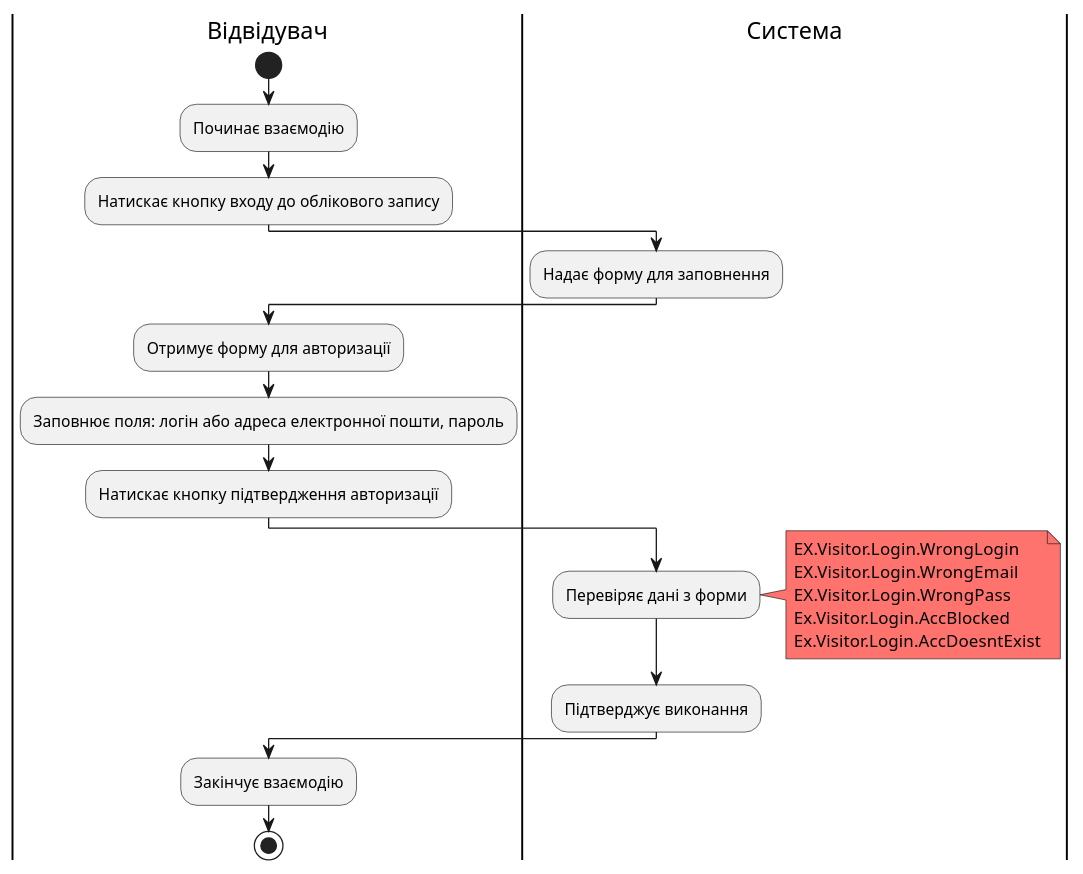
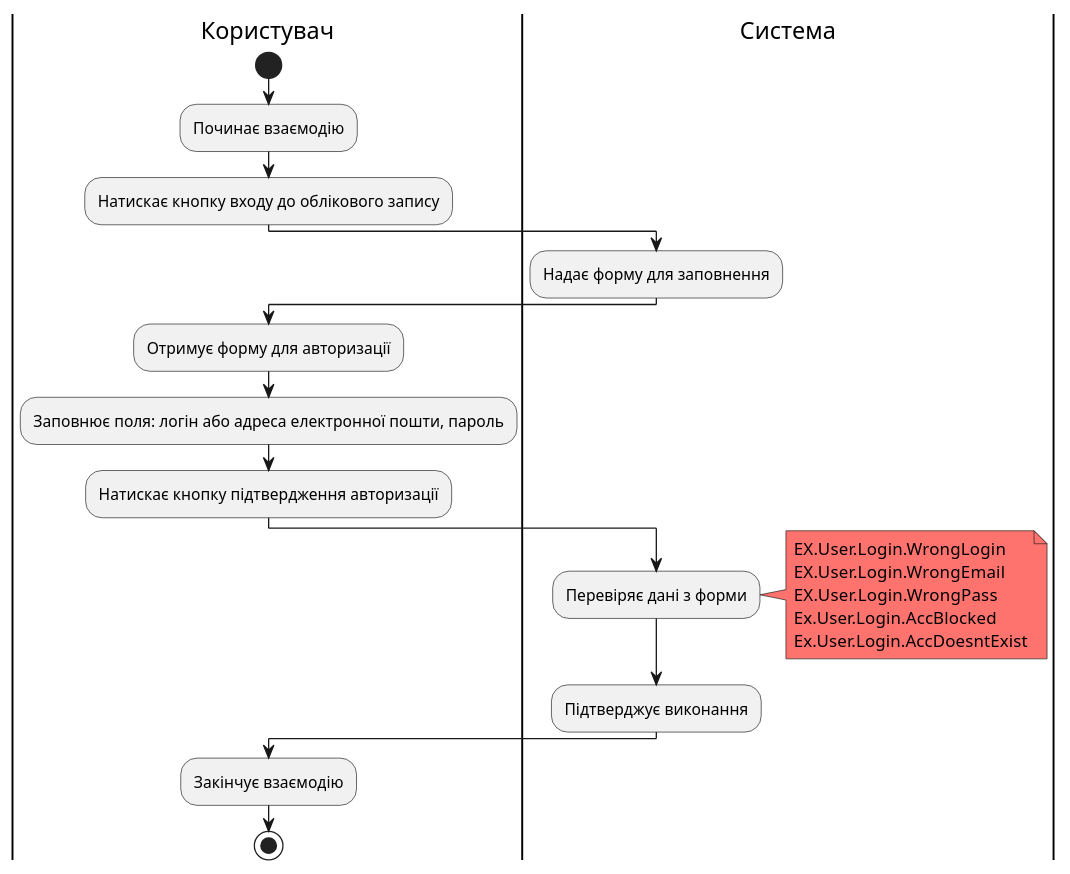
One commit to nonGratis/retarder-io-23-3 changed the sixth of 14 diagrams in docs/use cases/README.md. Above: the diagram before and after it, drawn with PlantUML. The commit also changed other lines of this file and 1 other file, not shown here.

Commit message:
another adjustment for User.Login

````diff
--- a/docs/use cases/README.md
+++ b/docs/use cases/README.md
@@ -172,28 +174,28 @@
 ```plantuml
 @startuml
-|Відвідувач|
+|Користувач|
     start
     :Починає взаємодію;
     :Натискає кнопку входу до облікового запису;
 |Система|
     :Надає форму для заповнення;
-|Відвідувач|
+|Користувач|
     :Отримує форму для авторизації;
     :Заповнює поля: логін або адреса електронної пошти, пароль;
     :Натискає кнопку підтвердження авторизації;
 |Система|
     :Перевіряє дані з форми;
         note right #FF736E
-            EX.Visitor.Login.WrongLogin
-            EX.Visitor.Login.WrongEmail
-            EX.Visitor.Login.WrongPass 
-            Ex.Visitor.Login.AccBlocked
-            Ex.Visitor.Login.AccDoesntExist
+            EX.User.Login.WrongLogin
+            EX.User.Login.WrongEmail
+            EX.User.Login.WrongPass 
+            Ex.User.Login.AccBlocked
+            Ex.User.Login.AccDoesntExist
         end note
 
     :Підтверджує виконання;
 
-|Відвідувач|
+|Користувач|
     :Закінчує взаємодію;
     stop;
 ```
````
